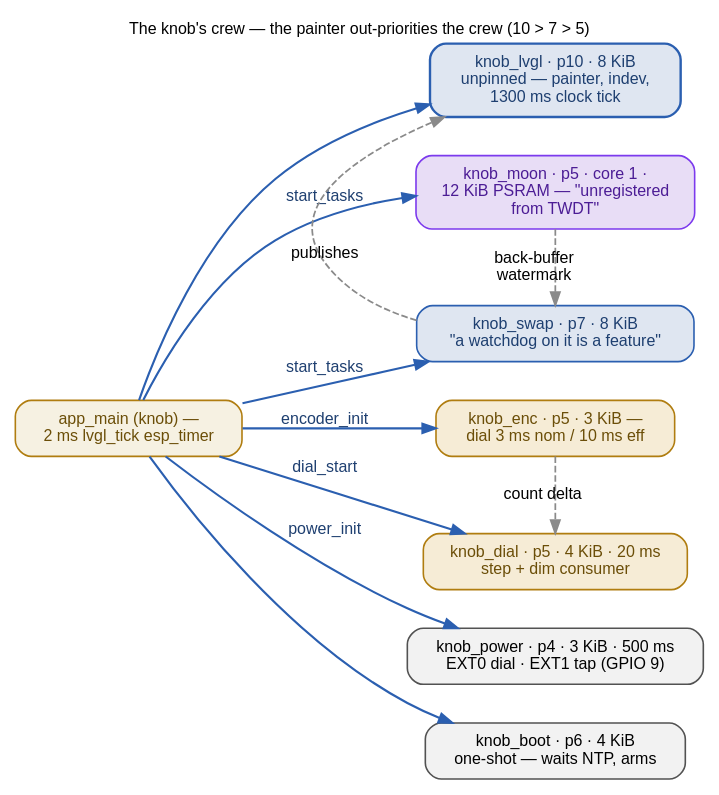
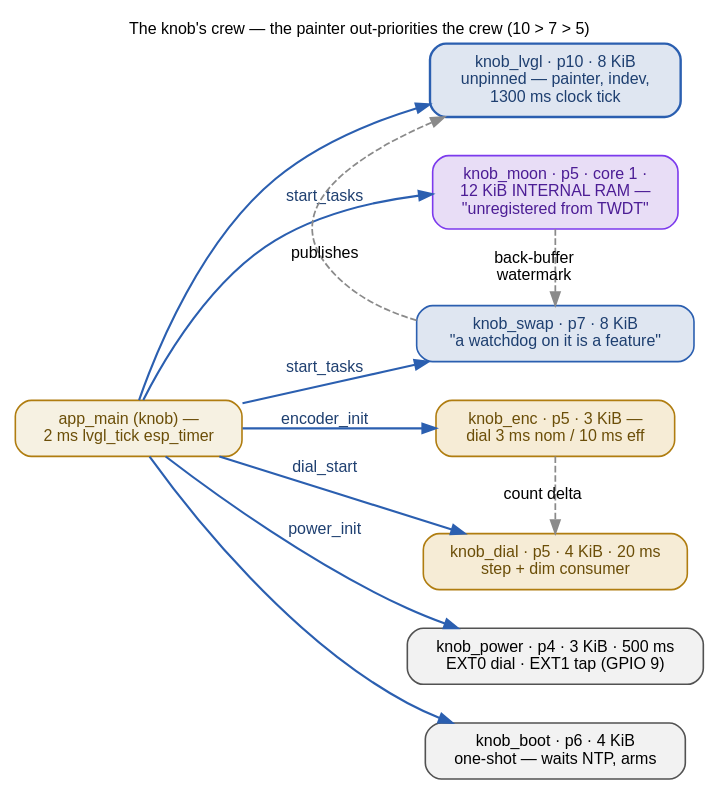
The diagram in docs/_graphs/task-roster-knob.dot (ukos-git/moon-clock-esp), drawn with Graphviz before and after one commit. The commit also changed 4 other files, not shown here.

First line of the commit message:
docs: record the knob_moon internal-stack rule + the classify-stress key

```diff
--- a/docs/_graphs/task-roster-knob.dot
+++ b/docs/_graphs/task-roster-knob.dot
@@ -1,66 +1,68 @@
 // THE KNOB crew opened: the renderer is the foreground — knob_lvgl
 // out-priorities everything the boot spawns (10 > 7 > 5). Every edge
 // read out of the live source before drawing (knob/main/main.c and the
 // knob's components): app_main starts knob_lvgl (p10, 8 KiB, unpinned —
 // painter, indev and the 1300 ms software clock tick in one task);
-// start_tasks spawns knob_moon (p5, core 1, 12 KiB PSRAM,
-// "unregistered from TWDT", knob_ui.c:701) and knob_swap (p7, 8 KiB,
+// start_tasks spawns knob_moon (p5, core 1, 12 KiB INTERNAL RAM —
+// never PSRAM: a task that can perform a spiffs flash write must not
+// have its stack under the cache, knob_ui.c:757; the tick-ISR crash
+// family, docs/implementation/knob-display) and knob_swap (p7, 8 KiB,
 // "a watchdog on it is a feature" — registered); encoder_init spawns
 // knob_enc (p5, 3 KiB — asks the dial every 3 ms NOMINAL, 10 ms
 // EFFECTIVE under the 100 Hz tick clamp); dial_start spawns knob_dial
 // (p5, 4 KiB, 20 ms step + dim consumer); power_init spawns knob_power
 // (p4, 3 KiB, 500 ms sleep ladder, EXT0 dial · EXT1 tap on GPIO 9);
 // a one-shot knob_boot (p6, 4 KiB) waits for NTP and arms. The dashed
 // arrows are the hand-offs: the producer marks its back buffer, the
 // swapper publishes, the encoder forwards count deltas. The knob has NO
 // IMU (the imu shim answers ready=false) and NO RTC — the 1300 ms tick
 // is software-synthesized (knob/main/main.c:525-526). The crew in black
 // boxes is docs/_graphs/task-roster.dot (this page); what these hands
 // ask of the silicon is docs/_graphs/task-roster-chips.dot; the panel
 // side is docs/implementation/knob-display. FONTS: 12 pt = the page's
 // 16 px body text at 1:1 — kept inside the content column.
 // Rendered inline as SVG by sphinx.ext.graphviz (dot on PATH).
 digraph task_roster_knob {
     rankdir=LR;
     label="The knob's crew — the painter out-priorities the crew (10 > 7 > 5)";
     labelloc="t"; labeljust="c";
     fontname="Helvetica"; fontsize=12;
     graph [nodesep=0.4, ranksep=0.7];
     node [fontname="Helvetica", fontsize=12, shape=box, style="rounded,filled",
           width=0, height=0, margin="0.18,0.11", fillcolor="#f2f2ef",
           color="#525252", penwidth=1.2];
     edge [fontname="Helvetica", fontsize=12, color="#8a8a8a", penwidth=1.3];
 
     kmain [label="app_main (knob) —\n2 ms lvgl_tick esp_timer",
            fillcolor="#f6f1e2", color="#b07d10", fontcolor="#6b4e08"];
     klvgl [label="knob_lvgl · p10 · 8 KiB\nunpinned — painter, indev,\n1300 ms clock tick",
            fillcolor="#dfe6f1", color="#2b5fb0", fontcolor="#1e3f70", penwidth=1.8];
-    kmoon [label="knob_moon · p5 · core 1 ·\n12 KiB PSRAM — \"unregistered\nfrom TWDT\"",
+    kmoon [label="knob_moon · p5 · core 1 ·\n12 KiB INTERNAL RAM —\n\"unregistered from TWDT\"",
            fillcolor="#e8ddf6", color="#7c3aed", fontcolor="#4c1d95"];
     kswap [label="knob_swap · p7 · 8 KiB\n\"a watchdog on it is a feature\"",
            fillcolor="#dfe6f1", color="#2b5fb0", fontcolor="#1e3f70"];
     kenc [label="knob_enc · p5 · 3 KiB —\ndial 3 ms nom / 10 ms eff",
           fillcolor="#f6ecd6", color="#b07d10", fontcolor="#6b4e08"];
     kdial [label="knob_dial · p5 · 4 KiB · 20 ms\nstep + dim consumer",
            fillcolor="#f6ecd6", color="#b07d10", fontcolor="#6b4e08"];
     ksup [label="knob_power · p4 · 3 KiB · 500 ms\nEXT0 dial · EXT1 tap (GPIO 9)",
           fillcolor="#f2f2f2"];
     kboot [label="knob_boot · p6 · 4 KiB\none-shot — waits NTP, arms",
            fillcolor="#f2f2f2"];
 
     kmain -> klvgl [color="#2b5fb0", penwidth=1.6, fontcolor="#1e3f70"];
     kmain -> kboot [color="#2b5fb0", penwidth=1.6, fontcolor="#1e3f70"];
     kmain -> kenc [color="#2b5fb0", penwidth=1.6, fontcolor="#1e3f70",
                    label="encoder_init"];
     kmain -> kdial [color="#2b5fb0", penwidth=1.6, fontcolor="#1e3f70",
                     label="dial_start"];
     kmain -> ksup [color="#2b5fb0", penwidth=1.6, fontcolor="#1e3f70",
                    label="power_init"];
     kmain -> kmoon [color="#2b5fb0", penwidth=1.6, fontcolor="#1e3f70",
                     label="start_tasks"];
     kmain -> kswap [color="#2b5fb0", penwidth=1.6, fontcolor="#1e3f70",
                     label="start_tasks"];
     kmoon -> kswap [style=dashed, constraint=false, label="back-buffer\nwatermark"];
     kswap -> klvgl [style=dashed, constraint=false, label="publishes"];
     kenc -> kdial [style=dashed, constraint=false, label="count delta"];
 }
```
